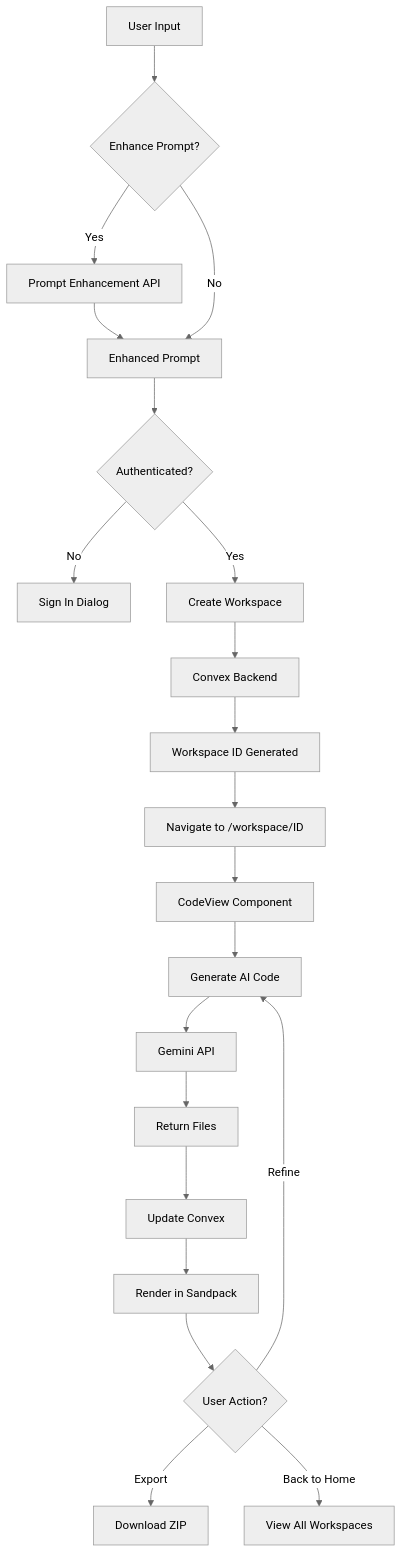
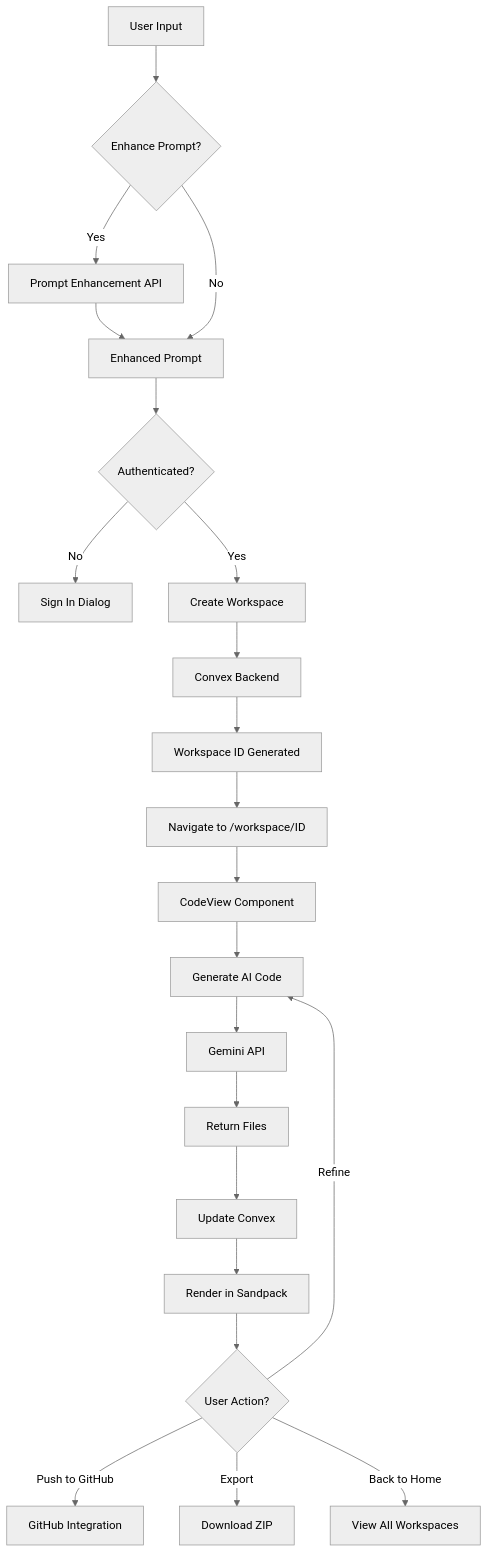
Before and after one commit to Abrahamn-tech/astra-ai-express: the diagram in README.md, drawn with Mermaid (neutral theme). The commit also changed other lines of this file and 3 other files, not shown here.

Commit message:
Revert "Remove GitHub OAuth flow and push integration"

````diff
--- a/README.md
+++ b/README.md
@@ -326,23 +364,24 @@
 ```mermaid
 graph TB
     A[User Input] --> B{Enhance Prompt?}
     B -->|Yes| C[Prompt Enhancement API]
     C --> D[Enhanced Prompt]
     B -->|No| D
     D --> E{Authenticated?}
     E -->|No| F[Sign In Dialog]
     E -->|Yes| G[Create Workspace]
     G --> H[Convex Backend]
     H --> I[Workspace ID Generated]
     I --> J[Navigate to /workspace/ID]
     J --> K[CodeView Component]
     K --> L[Generate AI Code]
     L --> M[Gemini API]
     M --> N[Return Files]
     N --> O[Update Convex]
     O --> P[Render in Sandpack]
     P --> Q{User Action?}
     Q -->|Refine| L
-    Q -->|Export| R[Download ZIP]
-    Q -->|Back to Home| S[View All Workspaces]
+    Q -->|Push to GitHub| R[GitHub Integration]
+    Q -->|Export| S[Download ZIP]
+    Q -->|Back to Home| T[View All Workspaces]
 ```
````
